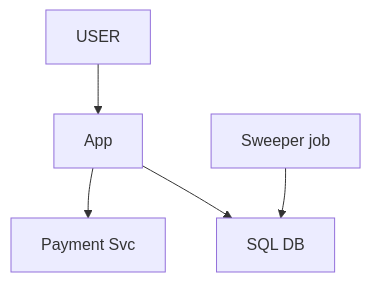
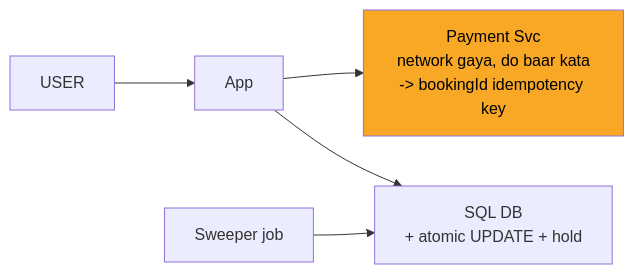
One commit to ArpanMaheshwari144/Prep changed the fourth of 9 diagrams in 04_HLD/SYSTEM_DESIGNS/09_bookmyshow/09_bookmyshow_INTERVIEW.md. Above: the diagram before and after it, drawn with Mermaid. The commit also changed other lines of this file and 2 other files, not shown here.

Commit message:
news, bookmyshow, cache: one-day story, short cards, follow-ups with rules, highlighted diagrams

````diff
--- a/04_HLD/SYSTEM_DESIGNS/09_bookmyshow/09_bookmyshow_INTERVIEW.md
+++ b/04_HLD/SYSTEM_DESIGNS/09_bookmyshow/09_bookmyshow_INTERVIEW.md
@@ -143,12 +151,13 @@
 ```mermaid
-flowchart TD
+flowchart LR
     n_USER["USER"]
     n_App["App"]
-    n_Payment_Svc["Payment Svc"]
-    n_SQL_DB["SQL DB"]
+    n_Payment_Svc["Payment Svc<br/>network gaya, do baar kata<br/>-> bookingId idempotency key"]
+    n_SQL_DB["SQL DB<br/>+ atomic UPDATE + hold"]
     n_Sweeper_job["Sweeper job"]
     n_USER --> n_App
     n_App --> n_Payment_Svc
     n_App --> n_SQL_DB
     n_Sweeper_job --> n_SQL_DB
+    style n_Payment_Svc fill:#f9a825,color:#000
 ```
````
